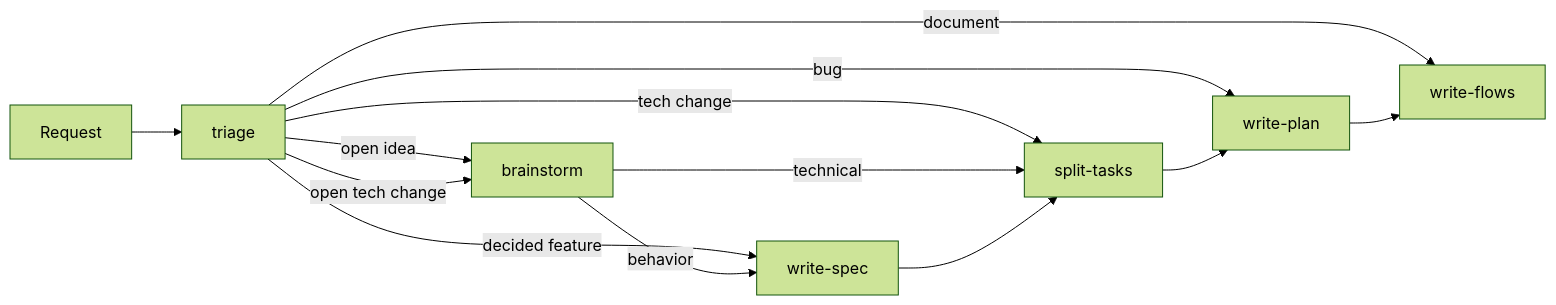
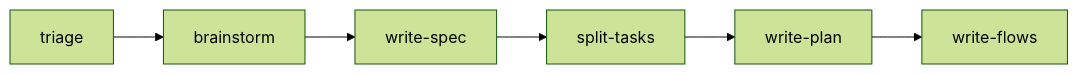
The diagram in README.md (arcadesunlabs/skills), drawn with Mermaid (forest theme) before and after one commit. The commit also changed other lines of this file, not shown here.

First line of the commit message:
docs: split README skill path into linear diagram and path table

````diff
--- a/README.md
+++ b/README.md
@@ -17,15 +17,4 @@
 ```mermaid
 flowchart LR
-  R[Request] --> T[triage]
-  T -- open idea --> B[brainstorm]
-  T -- decided feature --> S
-  T -- tech change --> X
-  T -- open tech change --> B
-  T -- bug --> P
-  T -- document --> F
-  B -- behavior --> S[write-spec]
-  B -- technical --> X
-  S --> X[split-tasks]
-  X --> P[write-plan]
-  P --> F[write-flows]
+  T[triage] --> B[brainstorm] --> S[write-spec] --> X[split-tasks] --> P[write-plan] --> F[write-flows]
 ```
````
